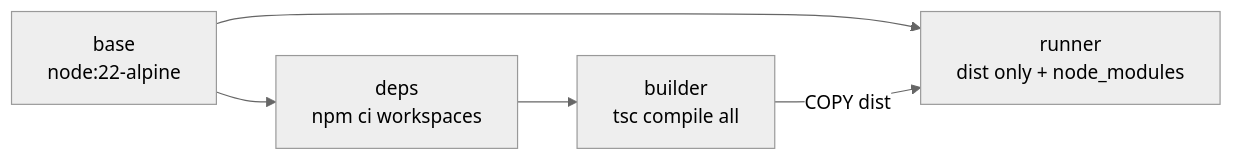
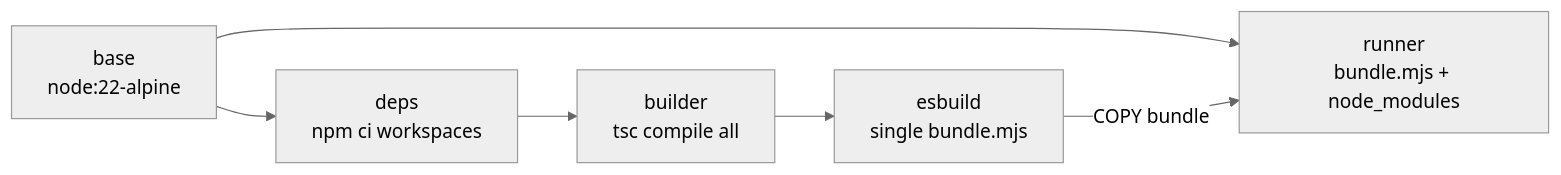
The tenth of 11 diagrams in QUICKSTART.md (vishalm/hivehq), drawn with Mermaid (neutral theme) before and after one commit. The commit also changed other lines of this file and 1 other file, not shown here.

````diff
--- a/QUICKSTART.md
+++ b/QUICKSTART.md
@@ -695,7 +901,8 @@
 ```mermaid
 graph LR
     B["base<br/>node:22-alpine"] --> D["deps<br/>npm ci workspaces"]
     D --> BU["builder<br/>tsc compile all"]
-    B --> R["runner<br/>dist only + node_modules"]
-    BU -->|"COPY dist"| R
+    BU --> EB["esbuild<br/>single bundle.mjs"]
+    B --> R["runner<br/>bundle.mjs + node_modules"]
+    EB -->|"COPY bundle"| R
 ```
````
